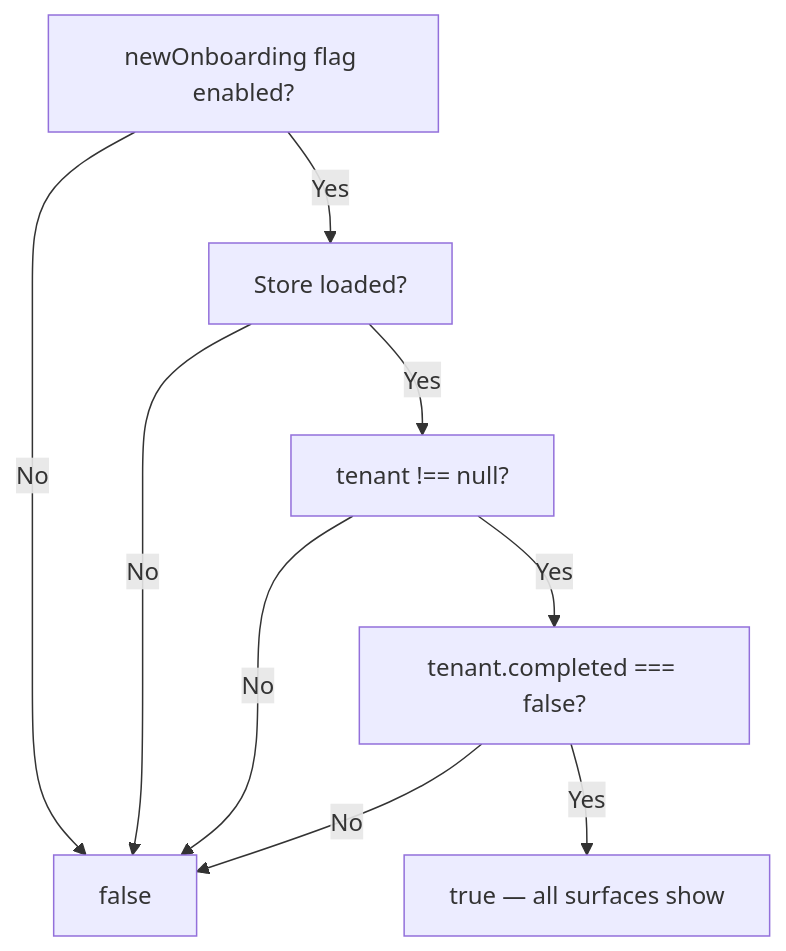
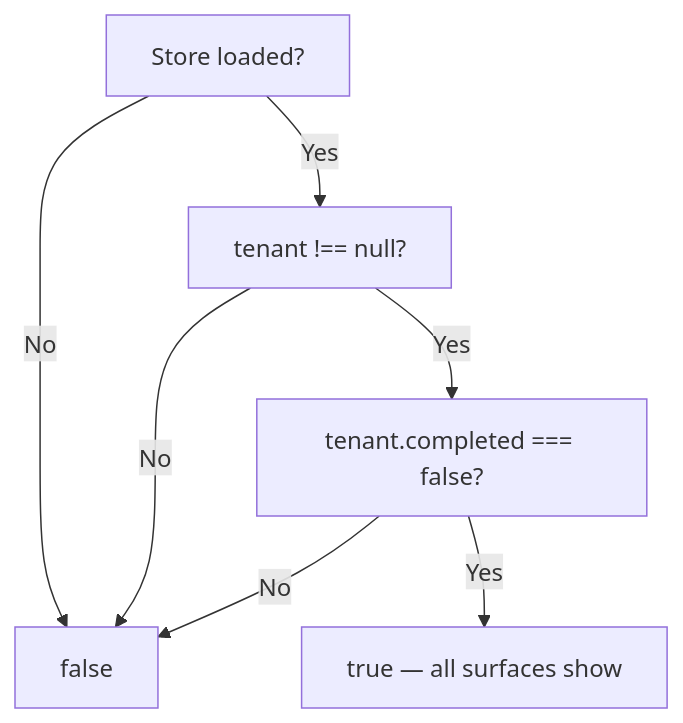
One commit to flamingo-stack/openframe-oss-frontend changed the diagram in src/app/(app)/onboarding/hooks/.use-initial-setup-active.md. Above: the diagram before and after it, drawn with Mermaid. The commit also changed other lines of this file and 18 other files, not shown here.

````diff
--- a/src/app/(app)/onboarding/hooks/.use-initial-setup-active.md
+++ b/src/app/(app)/onboarding/hooks/.use-initial-setup-active.md
@@ -14,11 +14,9 @@
 ```mermaid
 graph TD
-    A["newOnboarding flag enabled?"] -->|No| Z["false"]
-    A -->|Yes| B["Store loaded?"]
-    B -->|No| Z
+    B["Store loaded?"] -->|No| Z["false"]
     B -->|Yes| C["tenant !== null?"]
     C -->|No| Z
     C -->|Yes| D["tenant.completed === false?"]
     D -->|No| Z
     D -->|Yes| Y["true — all surfaces show"]
 ```
````
